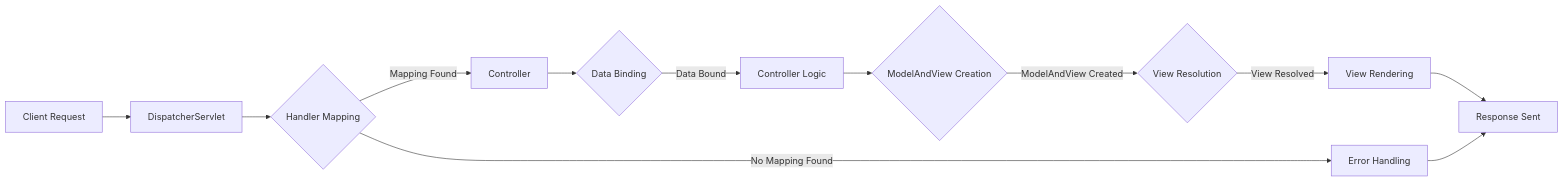
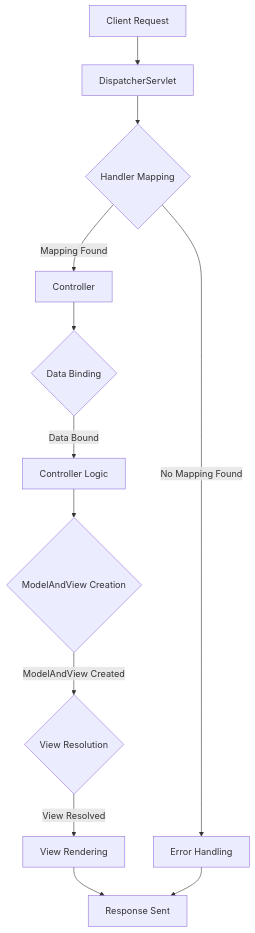
One commit to MayankGupta-dev08/mySpringBootWork changed the first of 3 diagrams in sb_11-spring-boot-mvc-thymeleaf/src/main/resources/NOTES.md. Above: the diagram before and after it, drawn with Mermaid.

Commit message:
sb_11-spring-boot-mvc-thymefeaf: RESTful Service with Spring Boot, Spring MVC and Thymefeaf

````diff
--- a/sb_11-spring-boot-mvc-thymeleaf/src/main/resources/NOTES.md
+++ b/sb_11-spring-boot-mvc-thymeleaf/src/main/resources/NOTES.md
@@ -19,15 +19,15 @@
 ```mermaid
-graph LR
+graph TD
 ;
     A[Client Request] --> B[DispatcherServlet];
     B --> C{Handler Mapping};
     C -->|Mapping Found| D[Controller];
     D --> E{Data Binding};
     E -->|Data Bound| F[Controller Logic];
     F --> G{ModelAndView Creation};
     G -->|ModelAndView Created| H{View Resolution};
     H -->|View Resolved| I[View Rendering];
     I --> J[Response Sent];
     C -->|No Mapping Found| K[Error Handling];
     K --> J;
 ```
````
